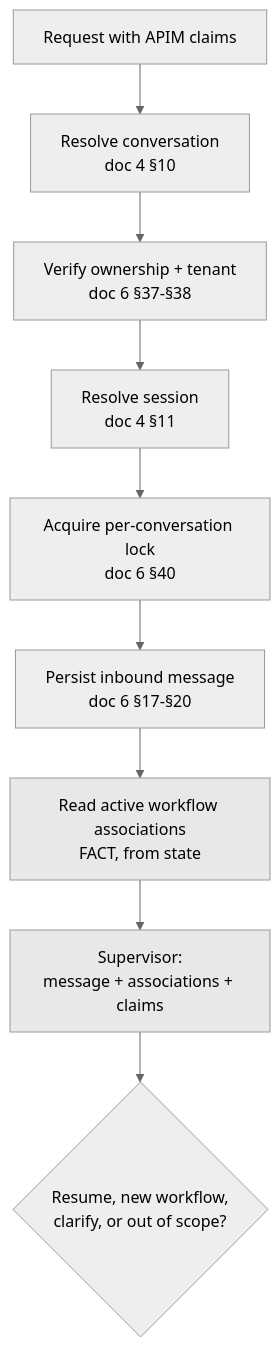
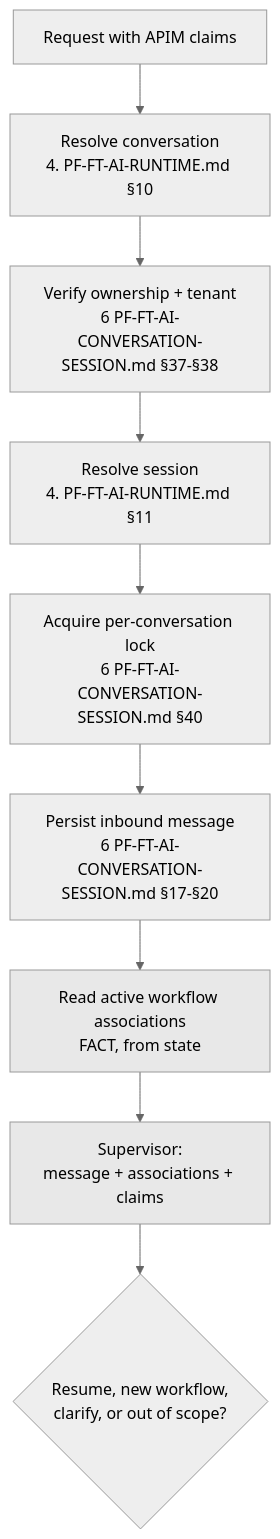
One commit to gobimca87/PF-FT changed the diagram in docs/architecture/adr/02-application-architecture/ADR-D2-04-conversation-manager-responsibility-boundary.md. Above: the diagram before and after it, drawn with Mermaid (neutral theme). The commit also changed other lines of this file and 143 other files, not shown here.

````diff
--- a/docs/architecture/adr/02-application-architecture/ADR-D2-04-conversation-manager-responsibility-boundary.md
+++ b/docs/architecture/adr/02-application-architecture/ADR-D2-04-conversation-manager-responsibility-boundary.md
@@ -311,14 +311,14 @@
 ```mermaid
 flowchart TD
-    A[Request with APIM claims] --> B[Resolve conversation<br/>doc 4 §10]
-    B --> C[Verify ownership + tenant<br/>doc 6 §37-§38]
-    C --> D[Resolve session<br/>doc 4 §11]
-    D --> E[Acquire per-conversation lock<br/>doc 6 §40]
-    E --> F[Persist inbound message<br/>doc 6 §17-§20]
+    A[Request with APIM claims] --> B[Resolve conversation<br/>4. PF-FT-AI-RUNTIME.md §10]
+    B --> C[Verify ownership + tenant<br/>6 PF-FT-AI-CONVERSATION-SESSION.md §37-§38]
+    C --> D[Resolve session<br/>4. PF-FT-AI-RUNTIME.md §11]
+    D --> E[Acquire per-conversation lock<br/>6 PF-FT-AI-CONVERSATION-SESSION.md §40]
+    E --> F[Persist inbound message<br/>6 PF-FT-AI-CONVERSATION-SESSION.md §17-§20]
     F --> G[Read active workflow associations<br/>FACT, from state]
     G --> H[Supervisor:<br/>message + associations + claims]
     H --> I{Resume, new workflow,<br/>clarify, or out of scope?}
 
     style G fill:#e8e8e8
     style H fill:#e8e8e8
 ```
````
